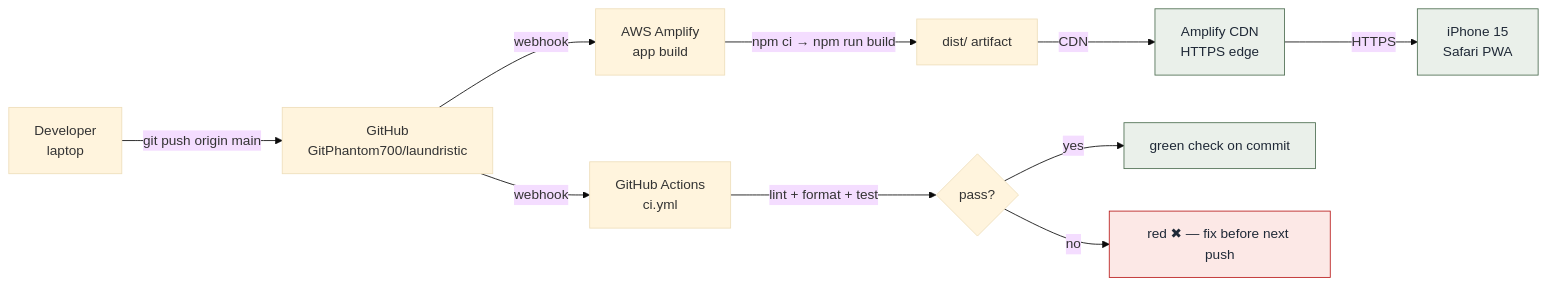
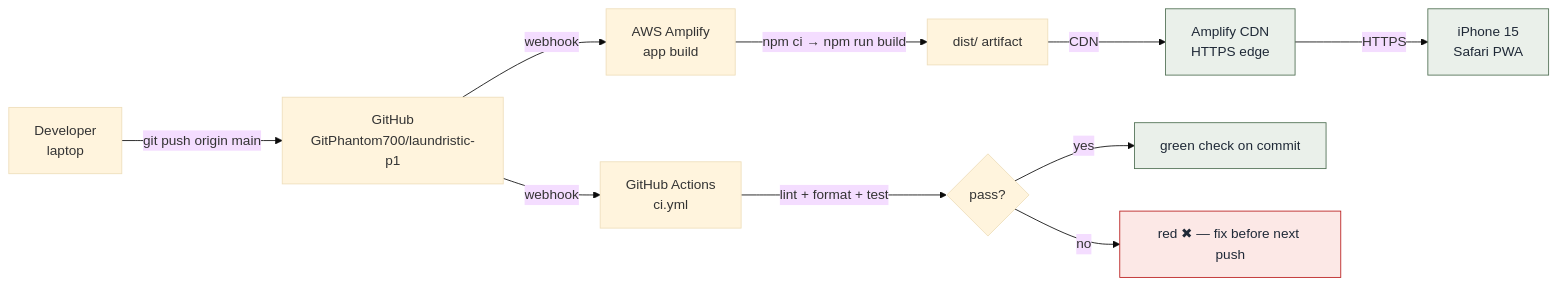
The first of 3 diagrams in docs/DEPLOYMENT.md (GitPhantom700/laundristic-p1), drawn with Mermaid (base theme) before and after one commit. The commit also changed other lines of this file and 7 other files, not shown here.

````diff
--- a/docs/DEPLOYMENT.md
+++ b/docs/DEPLOYMENT.md
@@ -9,18 +9,18 @@
 ```mermaid
 flowchart LR
-    Dev[Developer<br/>laptop] -->|git push origin main| GH[GitHub<br/>GitPhantom700/laundristic]
+    Dev[Developer<br/>laptop] -->|git push origin main| GH[GitHub<br/>GitPhantom700/laundristic-p1]
     GH -->|webhook| GA[GitHub Actions<br/>ci.yml]
     GH -->|webhook| AMP[AWS Amplify<br/>app build]
     GA -->|lint + format + test| Verdict{pass?}
     AMP -->|npm ci → npm run build| Dist[dist/ artifact]
     Dist -->|CDN| Edge[Amplify CDN<br/>HTTPS edge]
     Edge -->|HTTPS| iPhone[iPhone 15<br/>Safari PWA]
 
     Verdict -- yes --> green[green check on commit]
     Verdict -- no  --> red[red ✖ — fix before next push]
 
     classDef ok fill:#eaf0ea,stroke:#4e6e52,color:#1f2937
     classDef bad fill:#fce8e6,stroke:#b91c1c,color:#1f2937
     class green,Edge,iPhone ok
     class red bad
 ```
````
